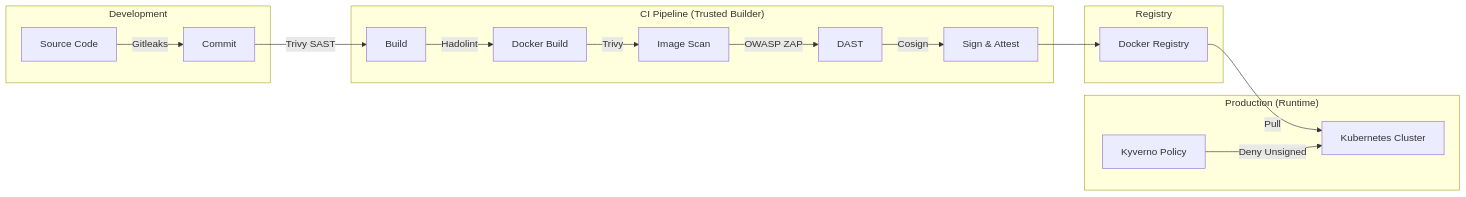
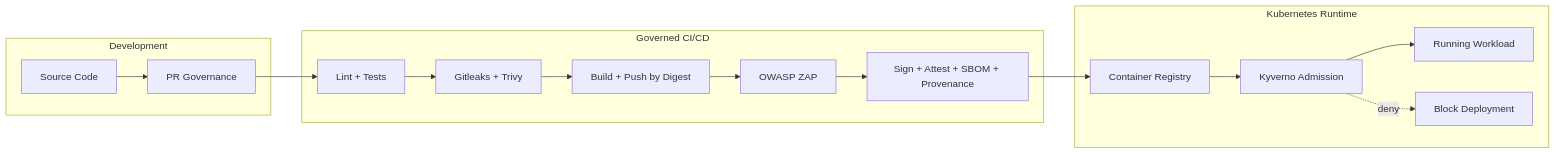
Before and after one commit to agslima/software-delivery-pipeline: the diagram in docs/threat-model.md, drawn with Mermaid. The commit also changed other lines of this file and 27 other files, not shown here.

````diff
--- a/docs/threat-model.md
+++ b/docs/threat-model.md
@@ -94,23 +92,22 @@
 ```mermaid
 flowchart LR
-    subgraph "Development"
-        Code[Source Code] -->|Gitleaks| Commit
+    subgraph Development
+        Code[Source Code] --> PR[PR Governance]
     end
 
-    subgraph "CI Pipeline (Trusted Builder)"
-        Commit -->|Trivy SAST| Build
-        Build -->|Hadolint| Docker[Docker Build]
-        Docker -->|Trivy| Scan[Image Scan]
-        Scan -->|OWASP ZAP| DAST
-        DAST -->|Cosign| Sign[Sign & Attest]
+    subgraph CI[Governed CI/CD]
+        PR --> Q[Lint + Tests]
+        Q --> S1[Gitleaks + Trivy]
+        S1 --> Build[Build + Push by Digest]
+        Build --> DAST[OWASP ZAP]
+        DAST --> SA[Sign + Attest + SBOM + Provenance]
     end
 
-    subgraph "Registry"
-        Sign --> Reg[Docker Registry]
-    end
+    SA --> Reg[Container Registry]
 
-    subgraph "Production (Runtime)"
-        Reg -->|Pull| K8s[Kubernetes Cluster]
-        Policy[Kyverno Policy] -- Deny Unsigned --> K8s
+    subgraph Runtime[Kubernetes Runtime]
+        Reg --> Adm[Kyverno Admission]
+        Adm --> Workload[Running Workload]
+        Adm -. deny .-> Block[Block Deployment]
     end
 ```
````
